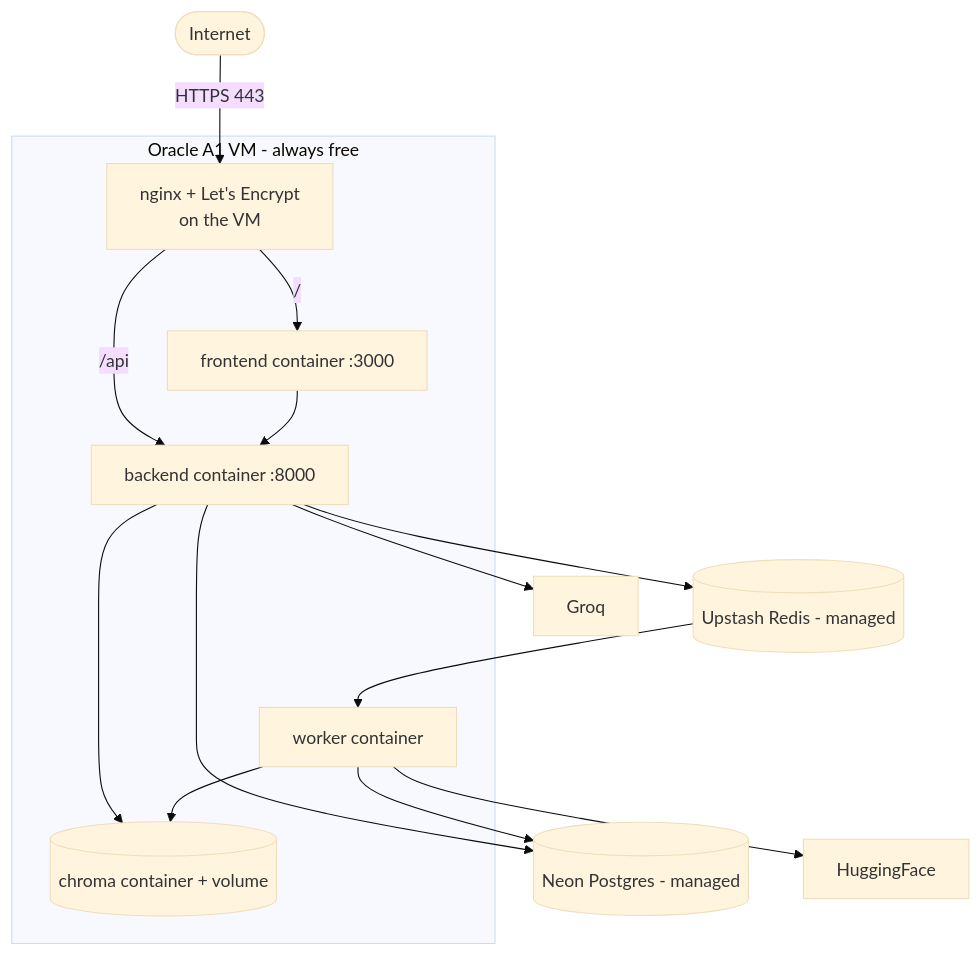
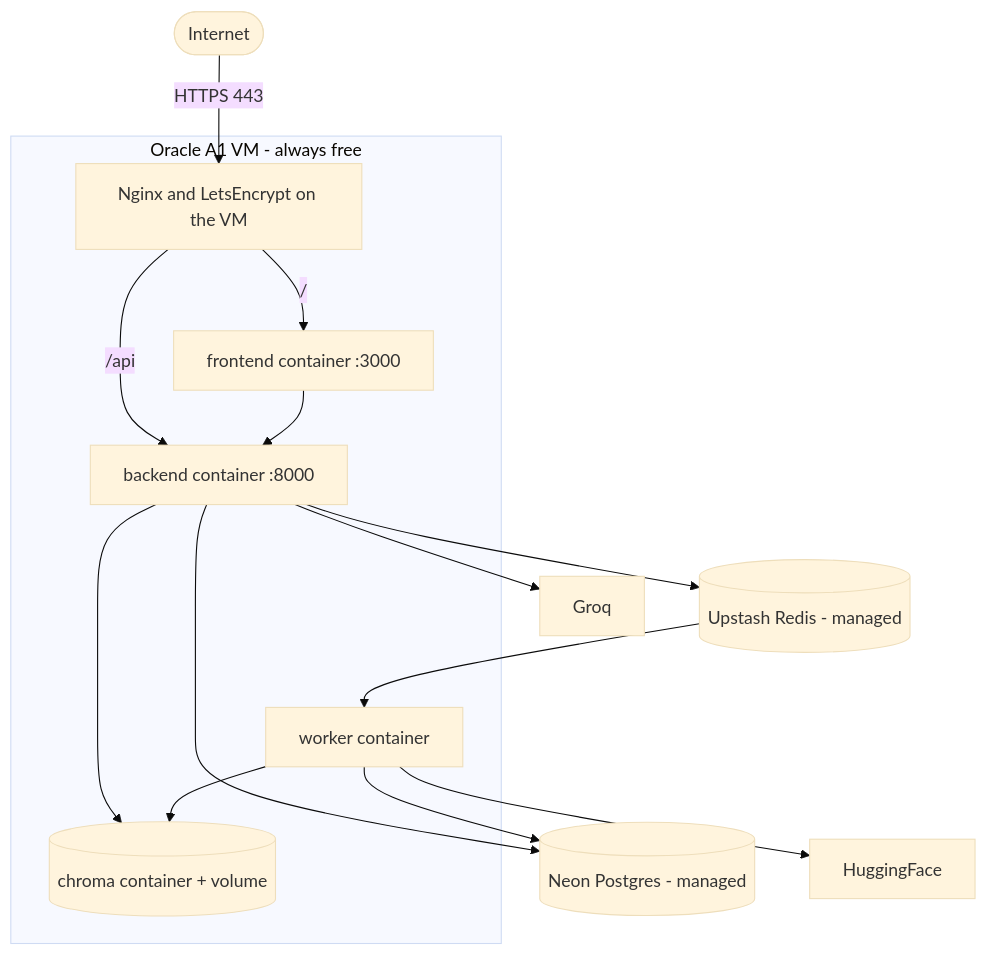
One commit to nikhil-87/CodeSensei changed the third of 3 diagrams in docs/diagrams/deployment.md. Above: the diagram before and after it, drawn with Mermaid (base theme). The commit also changed 25 other files, not shown here.

Commit message:
docs: initialize comprehensive technical documentation, architecture diagrams, and verification guides in vault and docs directories

````diff
--- a/docs/diagrams/deployment.md
+++ b/docs/diagrams/deployment.md
@@ -40,22 +40,22 @@
 ```mermaid
 flowchart TB
-  user([Internet]) -->|HTTPS 443| ng[nginx + Let's Encrypt<br/>on the VM]
+  user([Internet]) -->|HTTPS 443| ng[Nginx and LetsEncrypt on the VM]
   ng -->|/| fe[frontend container :3000]
   ng -->|/api| be[backend container :8000]
   fe --> be
   be --> pg[(Neon Postgres - managed)]
   be --> rd[(Upstash Redis - managed)]
   be --> ch[(chroma container + volume)]
   be --> groq[Groq]
   rd --> wk[worker container]
   wk --> pg
   wk --> ch
   wk --> hf[HuggingFace]
   subgraph VM[Oracle A1 VM - always free]
     ng
     fe
     be
     wk
     ch
   end
 ```
````
